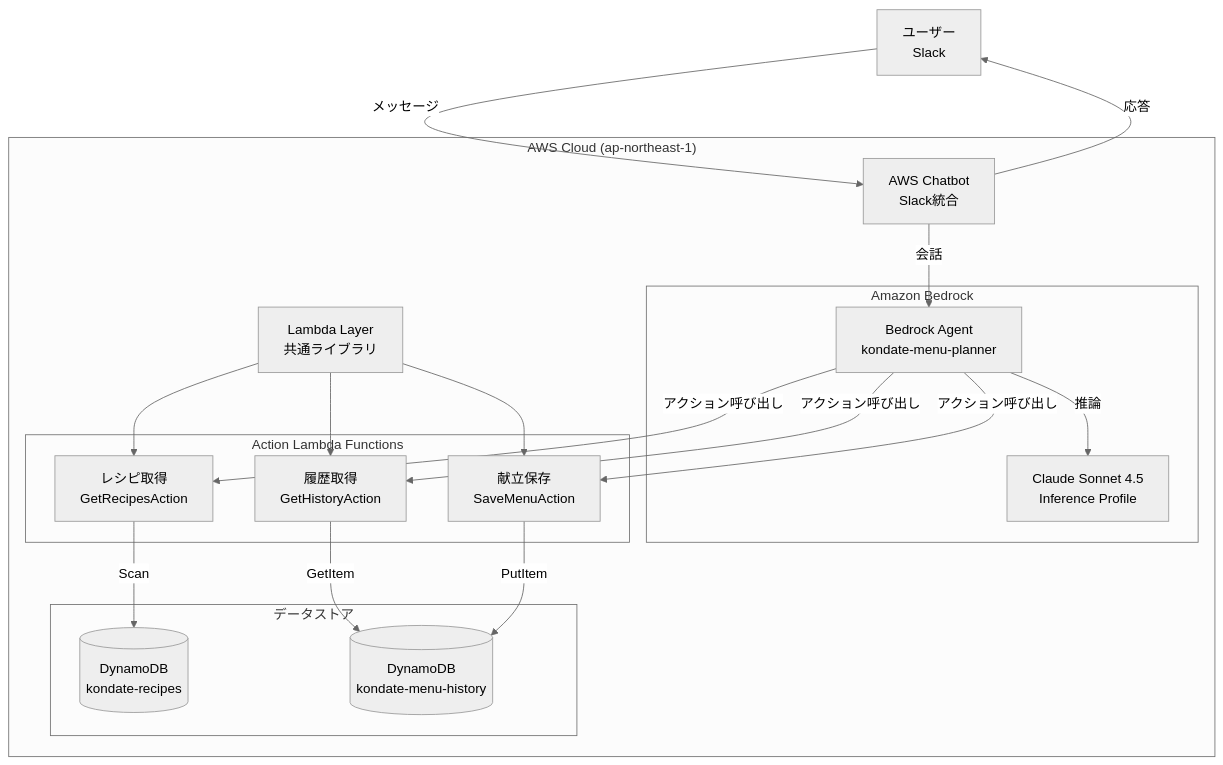
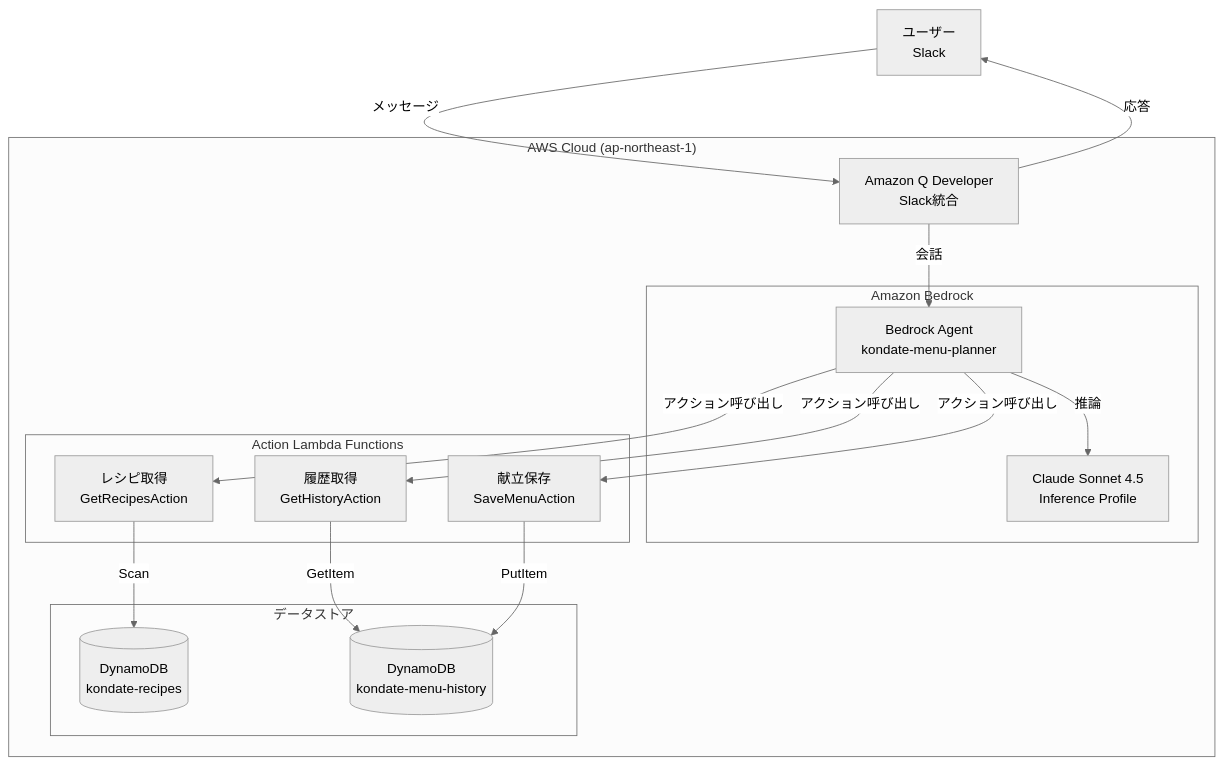
The first of 2 diagrams in README.md (takuya29/kondate-planner), drawn with Mermaid (neutral theme) before and after one commit. The commit also changed other lines of this file, not shown here.

````diff
--- a/README.md
+++ b/README.md
@@ -16,44 +16,38 @@
 ```mermaid
 graph TB
     User[ユーザー<br/>Slack]
 
     subgraph AWS["AWS Cloud (ap-northeast-1)"]
-        Chatbot[AWS Chatbot<br/>Slack統合]
+        Chatbot[Amazon Q Developer<br/>Slack統合]
 
         subgraph Bedrock["Amazon Bedrock"]
             Agent[Bedrock Agent<br/>kondate-menu-planner]
             Claude[Claude Sonnet 4.5<br/>Inference Profile]
         end
-
-        LambdaLayer[Lambda Layer<br/>共通ライブラリ]
 
         subgraph Lambda["Action Lambda Functions"]
             GetRecipes[レシピ取得<br/>GetRecipesAction]
             GetHistory[履歴取得<br/>GetHistoryAction]
             SaveMenu[献立保存<br/>SaveMenuAction]
         end
 
         subgraph Storage["データストア"]
             RecipesDB[(DynamoDB<br/>kondate-recipes)]
             HistoryDB[(DynamoDB<br/>kondate-menu-history)]
         end
     end
 
     User -->|メッセージ| Chatbot
     Chatbot -->|会話| Agent
 
     Agent -->|推論| Claude
     Agent -->|アクション呼び出し| GetRecipes
     Agent -->|アクション呼び出し| GetHistory
     Agent -->|アクション呼び出し| SaveMenu
 
-    LambdaLayer --> GetRecipes
-    LambdaLayer --> GetHistory
-    LambdaLayer --> SaveMenu
-
     GetRecipes -->|Scan| RecipesDB
     GetHistory -->|GetItem| HistoryDB
     SaveMenu -->|PutItem| HistoryDB
 
     Chatbot -->|応答| User
 ```
````
